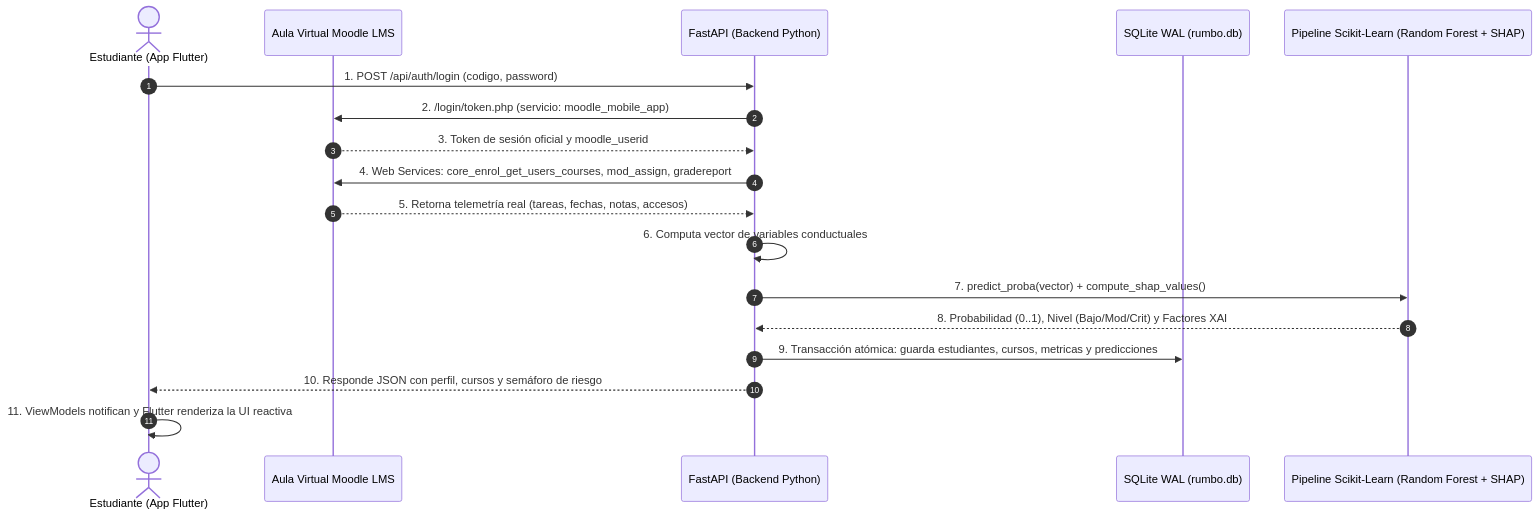
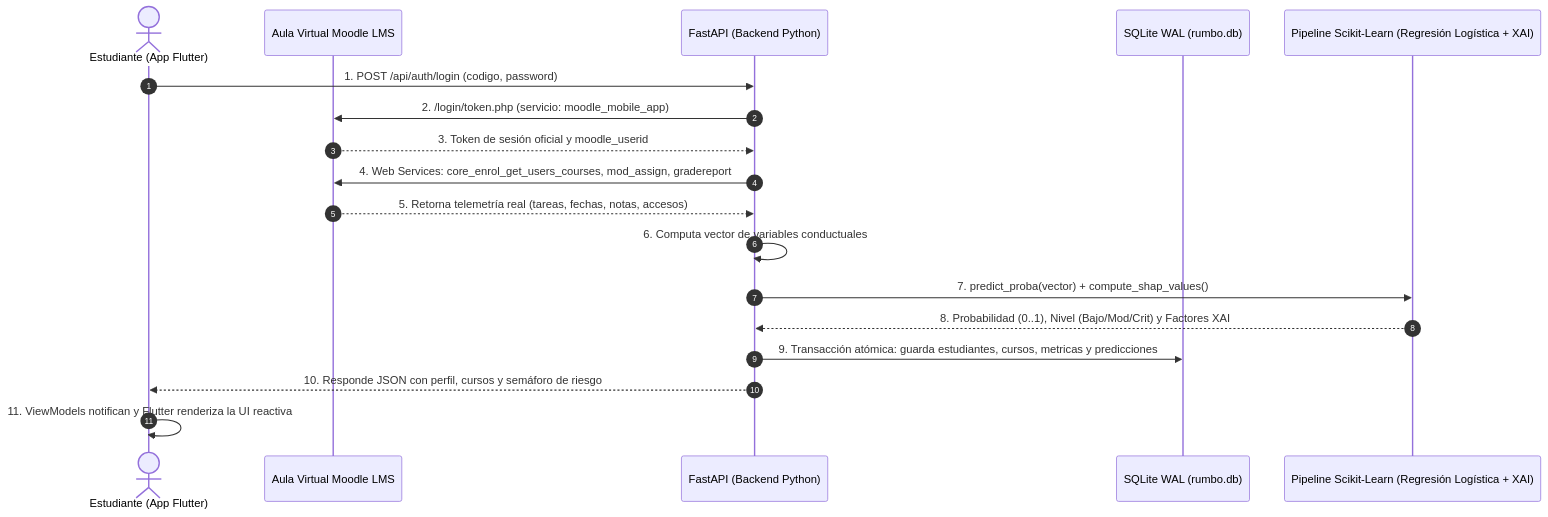
The diagram in README.md (daecc/Mobile_Learning_Moodle), drawn with Mermaid before and after one commit. The commit also changed other lines of this file and 15 other files, not shown here.

Commit message:
Actualiza documentacion, diagramas de arquitectura y archivos de diseño

````diff
--- a/README.md
+++ b/README.md
@@ -45,21 +45,21 @@
 ```mermaid
 sequenceDiagram
     autonumber
     actor Estudiante as Estudiante (App Flutter)
     participant Moodle as Aula Virtual Moodle LMS
     participant Backend as FastAPI (Backend Python)
     participant DB as SQLite WAL (rumbo.db)
-    participant ML as Pipeline Scikit-Learn (Random Forest + SHAP)
+    participant ML as Pipeline Scikit-Learn (Regresión Logística + XAI)
 
     Estudiante->>Backend: 1. POST /api/auth/login (codigo, password)
     Backend->>Moodle: 2. /login/token.php (servicio: moodle_mobile_app)
     Moodle-->>Backend: 3. Token de sesión oficial y moodle_userid
     Backend->>Moodle: 4. Web Services: core_enrol_get_users_courses, mod_assign, gradereport
     Moodle-->>Backend: 5. Retorna telemetría real (tareas, fechas, notas, accesos)
     Backend->>Backend: 6. Computa vector de variables conductuales
     Backend->>ML: 7. predict_proba(vector) + compute_shap_values()
     ML-->>Backend: 8. Probabilidad (0..1), Nivel (Bajo/Mod/Crit) y Factores XAI
     Backend->>DB: 9. Transacción atómica: guarda estudiantes, cursos, metricas y predicciones
     Backend-->>Estudiante: 10. Responde JSON con perfil, cursos y semáforo de riesgo
     Estudiante->>Estudiante: 11. ViewModels notifican y Flutter renderiza la UI reactiva
 ```
````
